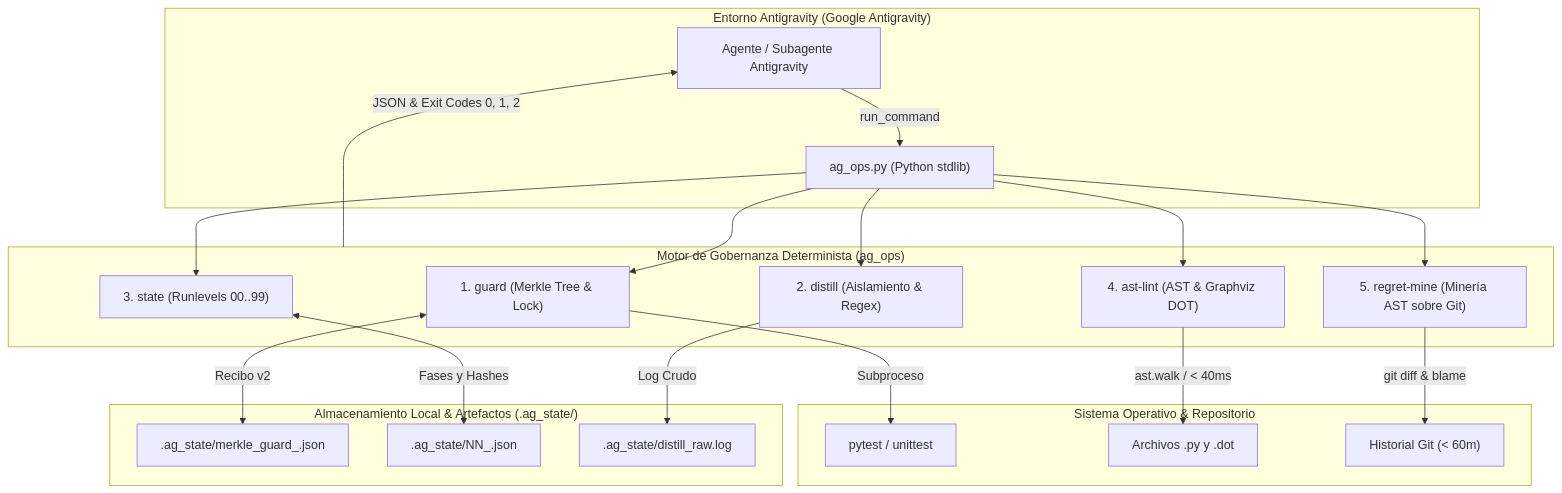
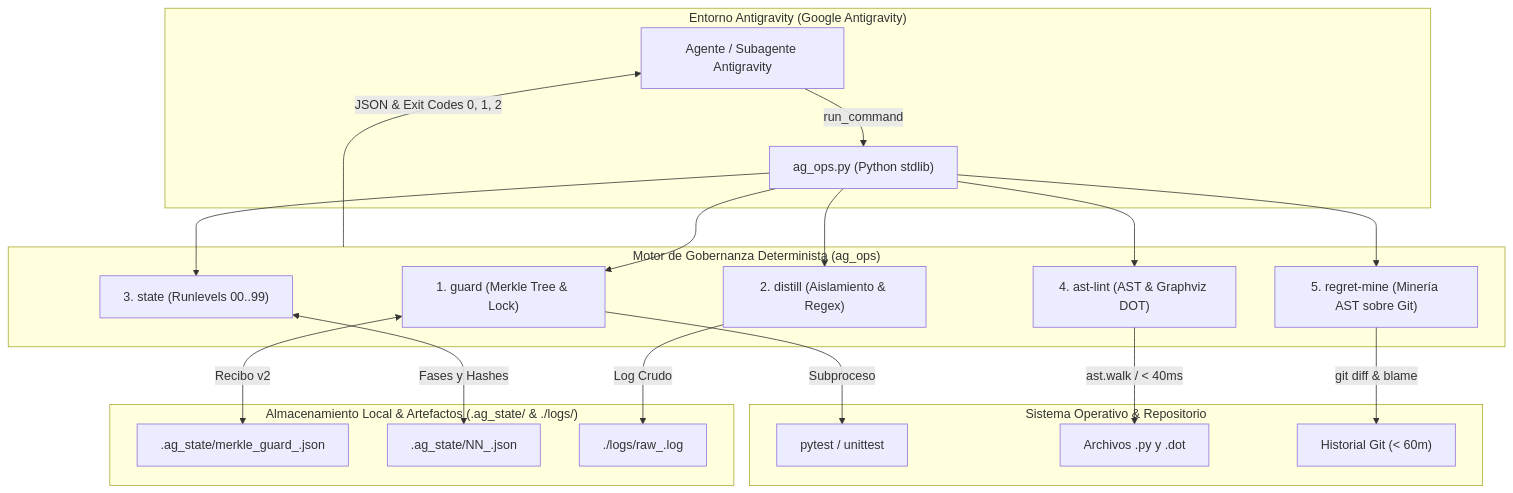
The diagram in README.md (FranciscoGrandon/ag-ops), drawn with Mermaid before and after one commit. The commit also changed other lines of this file and 1 other file, not shown here.

````diff
--- a/README.md
+++ b/README.md
@@ -20,28 +20,28 @@
 ```mermaid
 flowchart TD
     subgraph AGY["Entorno Antigravity (Google Antigravity)"]
         Agent["Agente / Subagente Antigravity"] -->|run_command| CLI["ag_ops.py (Python stdlib)"]
     end
 
     subgraph Core["Motor de Gobernanza Determinista (ag_ops)"]
         CLI --> Guard["1. guard (Merkle Tree & Lock)"]
         CLI --> Distill["2. distill (Aislamiento & Regex)"]
         CLI --> State["3. state (Runlevels 00..99)"]
         CLI --> Lint["4. ast-lint (AST & Graphviz DOT)"]
         CLI --> Mine["5. regret-mine (Minería AST sobre Git)"]
     end
 
-    subgraph Storage["Almacenamiento Local & Artefactos (.ag_state/)"]
+    subgraph Storage["Almacenamiento Local & Artefactos (.ag_state/ & ./logs/)"]
         Guard <-->|Recibo v2| Receipts[".ag_state/merkle_guard_<hash[:12]>.json"]
         State <-->|Fases y Hashes| StateFiles[".ag_state/NN_<slug>.json"]
-        Distill -->|Log Crudo| RawLog[".ag_state/distill_raw.log"]
+        Distill -->|Log Crudo| RawLog["./logs/raw_<timestamp>.log"]
     end
 
     subgraph OS["Sistema Operativo & Repositorio"]
         Guard -->|Subproceso| TestRunner["pytest / unittest"]
         Lint -->|ast.walk / < 40ms| Codebase["Archivos .py y .dot"]
         Mine -->|git diff & blame| GitHistory["Historial Git (< 60m)"]
     end
 
     Core -->|JSON & Exit Codes 0, 1, 2| Agent
 ```
````
